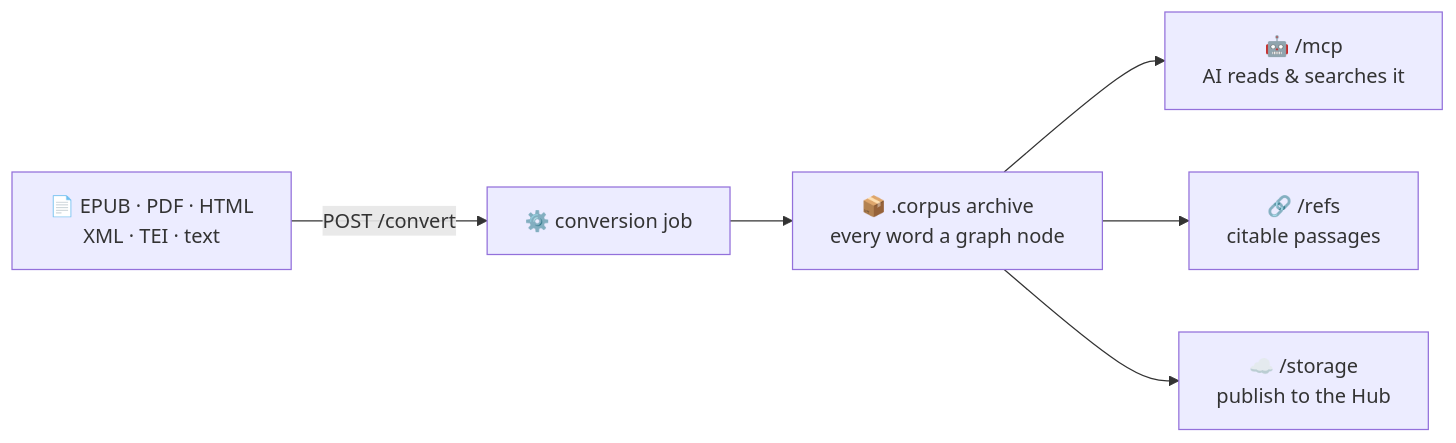
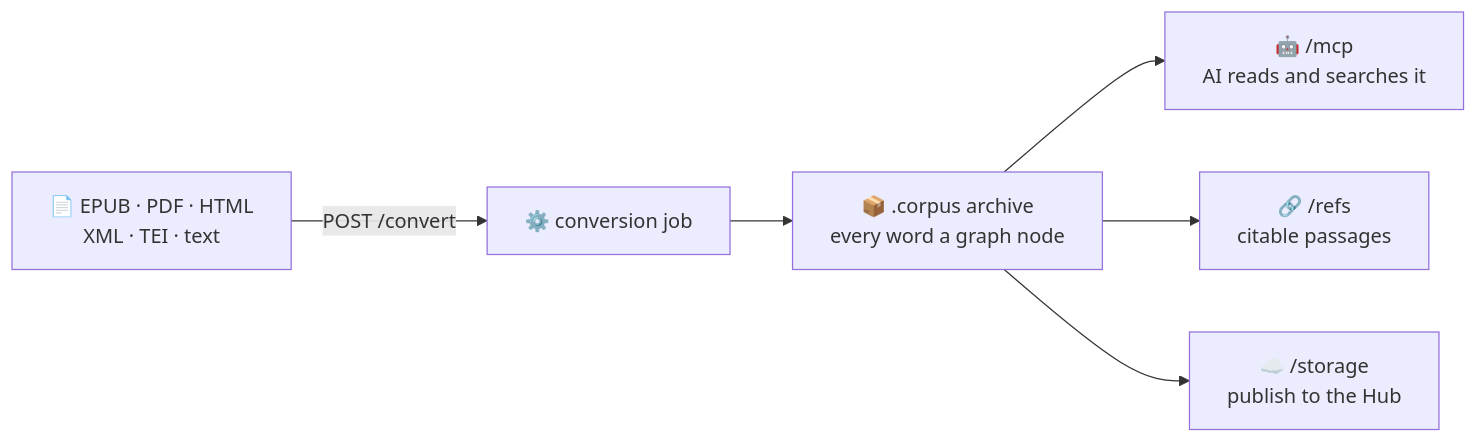
One commit to exegia/corpora-py changed the diagram in README.md. Above: the diagram before and after it, drawn with Mermaid.

Commit message:
Auto-save: Updated README.md

````diff
--- a/README.md
+++ b/README.md
@@ -38,8 +38,8 @@
 ```mermaid
 flowchart LR
-    S["📄 EPUB · PDF · HTML<br/>XML · TEI · text"] -->|"POST /convert"| C["⚙️ conversion job"]
+    S["📄 EPUB · PDF · HTML<br/>XML · TEI · text"] -->|POST /convert| C["⚙️ conversion job"]
     C --> A["📦 .corpus archive<br/>every word a graph node"]
-    A --> M["🤖 /mcp<br/>AI reads &amp; searches it"]
+    A --> M["🤖 /mcp<br/>AI reads and searches it"]
     A --> R["🔗 /refs<br/>citable passages"]
     A --> H["☁️ /storage<br/>publish to the Hub"]
 ```
````
